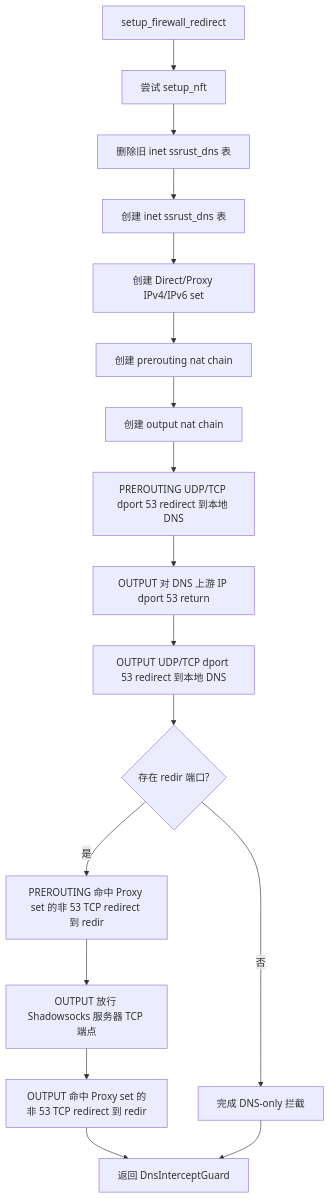
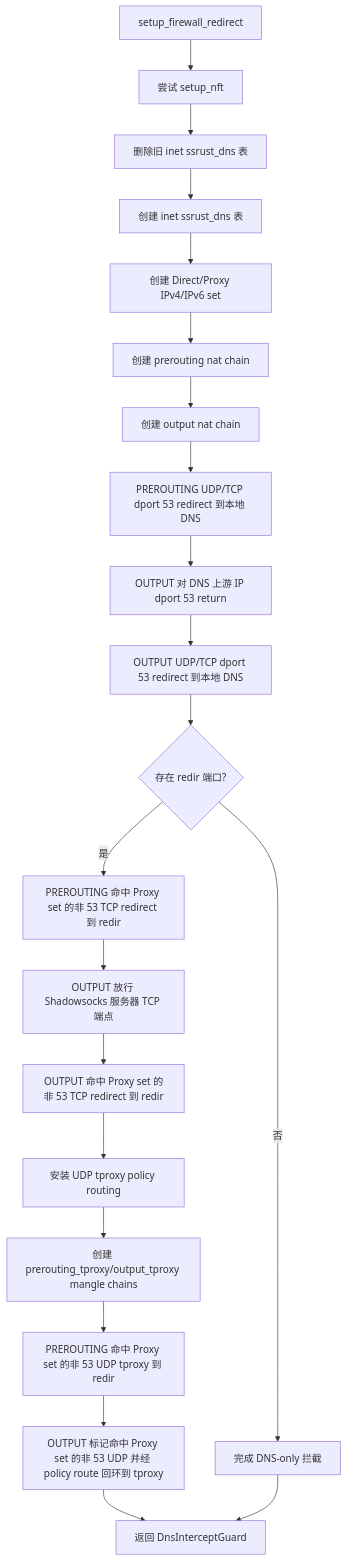
The fifth of 14 diagrams in routing.md (xiedeacc/shadowsocks-rust), drawn with Mermaid before and after one commit. The commit also changed other lines of this file and 3 other files, not shown here.

Commit message:
Support UDP tproxy in Linux firewall routing

````diff
--- a/routing.md
+++ b/routing.md
@@ -510,19 +510,23 @@
 ```mermaid
 flowchart TD
     A[setup_firewall_redirect] --> B[尝试 setup_nft]
     B --> C[删除旧 inet ssrust_dns 表]
     C --> D[创建 inet ssrust_dns 表]
     D --> E[创建 Direct/Proxy IPv4/IPv6 set]
     E --> F[创建 prerouting nat chain]
     F --> G[创建 output nat chain]
     G --> H[PREROUTING UDP/TCP dport 53 redirect 到本地 DNS]
     H --> I[OUTPUT 对 DNS 上游 IP dport 53 return]
     I --> J[OUTPUT UDP/TCP dport 53 redirect 到本地 DNS]
     J --> K{存在 redir 端口?}
     K -- 是 --> L[PREROUTING 命中 Proxy set 的非 53 TCP redirect 到 redir]
     L --> M[OUTPUT 放行 Shadowsocks 服务器 TCP 端点]
     M --> N[OUTPUT 命中 Proxy set 的非 53 TCP redirect 到 redir]
+    N --> N1[安装 UDP tproxy policy routing]
+    N1 --> N2[创建 prerouting_tproxy/output_tproxy mangle chains]
+    N2 --> N3[PREROUTING 命中 Proxy set 的非 53 UDP tproxy 到 redir]
+    N3 --> N4[OUTPUT 标记命中 Proxy set 的非 53 UDP 并经 policy route 回环到 tproxy]
     K -- 否 --> O[完成 DNS-only 拦截]
-    N --> P[返回 DnsInterceptGuard]
+    N4 --> P[返回 DnsInterceptGuard]
     O --> P
 ```
````
